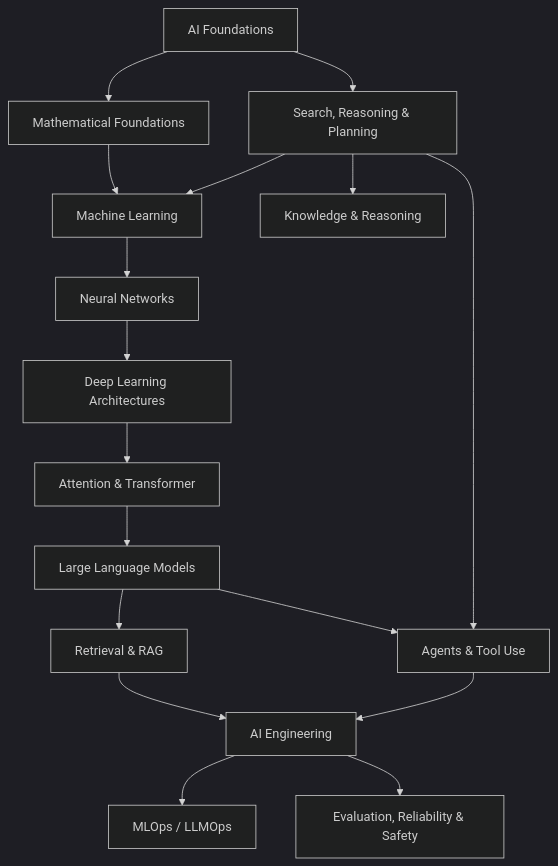
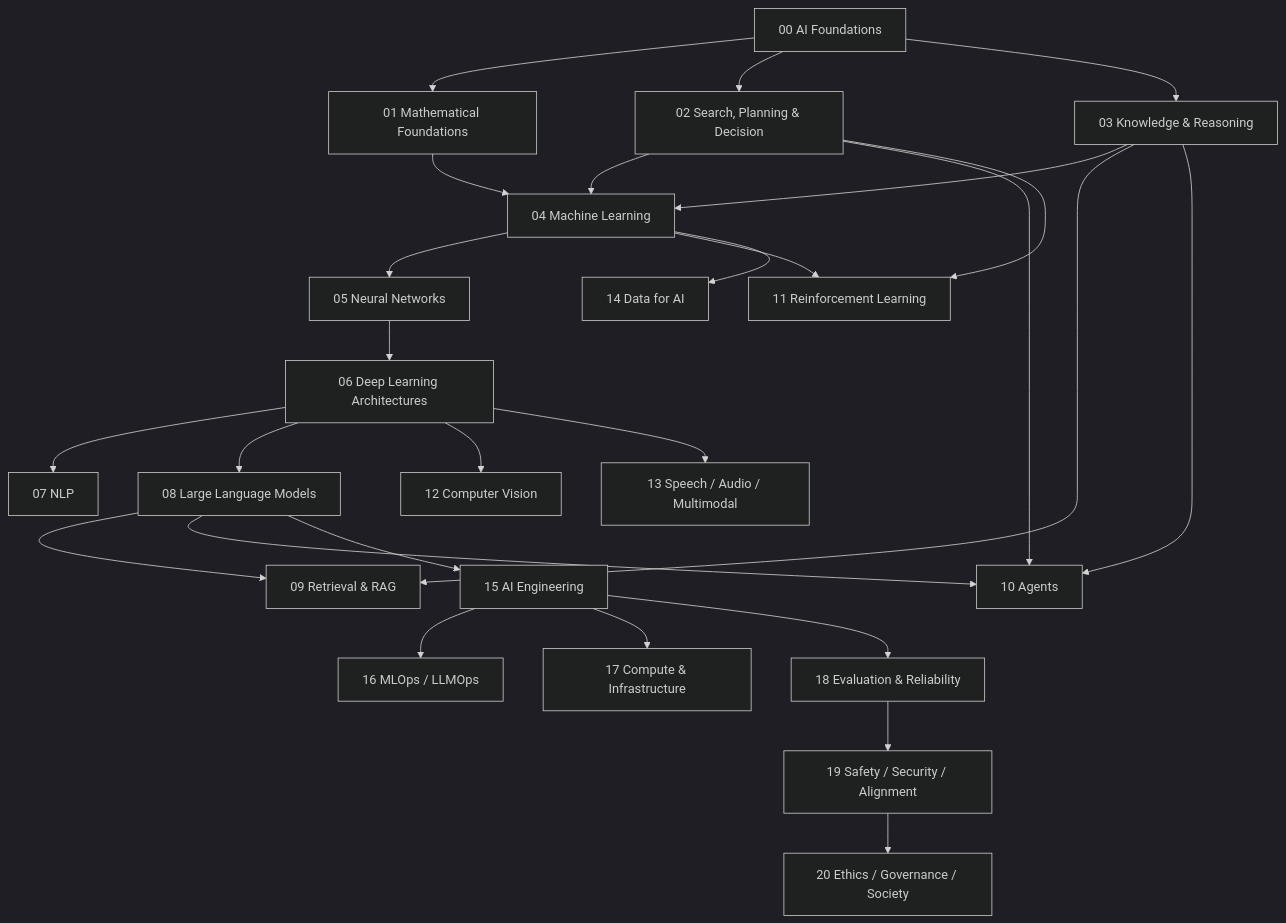
Before and after one commit to hunggtham/learning-docs: the diagram in computer_science/02_artificial_intelligence/README.md, drawn with Mermaid (dark theme). The commit also changed other lines of this file and 9 other files, not shown here.

Commit message:
docs(ai): complete knowledge representation and reasoning

````diff
--- a/computer_science/02_artificial_intelligence/README.md
+++ b/computer_science/02_artificial_intelligence/README.md
@@ -13,19 +9,29 @@
 ```mermaid
 flowchart TD
-    A[AI Foundations] --> M[Mathematical Foundations]
-    A --> S[Search, Reasoning & Planning]
-    M --> ML[Machine Learning]
+    A[00 AI Foundations] --> M[01 Mathematical Foundations]
+    A --> S[02 Search, Planning & Decision]
+    A --> K[03 Knowledge & Reasoning]
+    M --> ML[04 Machine Learning]
     S --> ML
-    S --> KR[Knowledge & Reasoning]
-    ML --> NN[Neural Networks]
-    NN --> DL[Deep Learning Architectures]
-    DL --> T[Attention & Transformer]
-    T --> LLM[Large Language Models]
-    LLM --> RAG[Retrieval & RAG]
-    LLM --> AG[Agents & Tool Use]
+    K --> ML
+    ML --> NN[05 Neural Networks]
+    NN --> DL[06 Deep Learning Architectures]
+    DL --> NLP[07 NLP]
+    DL --> LLM[08 Large Language Models]
+    LLM --> RAG[09 Retrieval & RAG]
+    LLM --> AG[10 Agents]
     S --> AG
-    RAG --> SYS[AI Engineering]
-    AG --> SYS
-    SYS --> OPS[MLOps / LLMOps]
-    SYS --> SAFE[Evaluation, Reliability & Safety]
+    K --> RAG
+    K --> AG
+    ML --> RL[11 Reinforcement Learning]
+    S --> RL
+    DL --> CV[12 Computer Vision]
+    DL --> MM[13 Speech / Audio / Multimodal]
+    ML --> DATA[14 Data for AI]
+    LLM --> ENG[15 AI Engineering]
+    ENG --> OPS[16 MLOps / LLMOps]
+    ENG --> INFRA[17 Compute & Infrastructure]
+    ENG --> EVAL[18 Evaluation & Reliability]
+    EVAL --> SAFE[19 Safety / Security / Alignment]
+    SAFE --> GOV[20 Ethics / Governance / Society]
 ```
````
